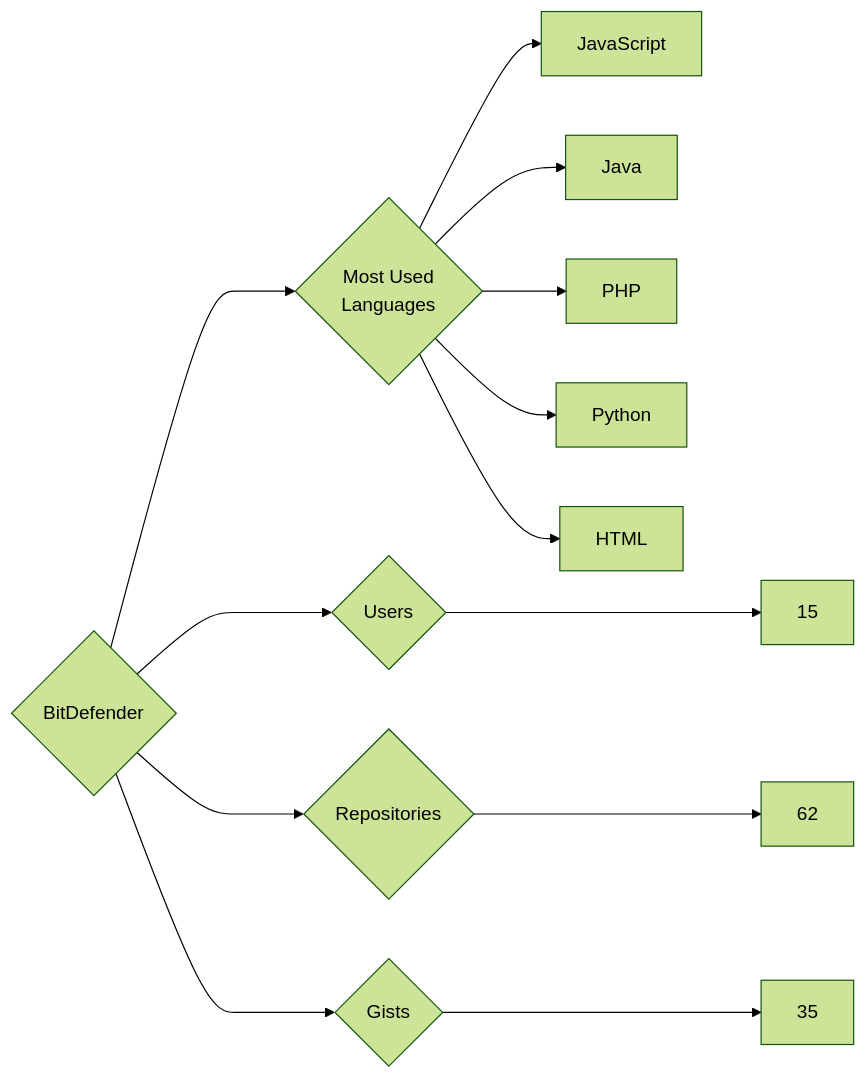
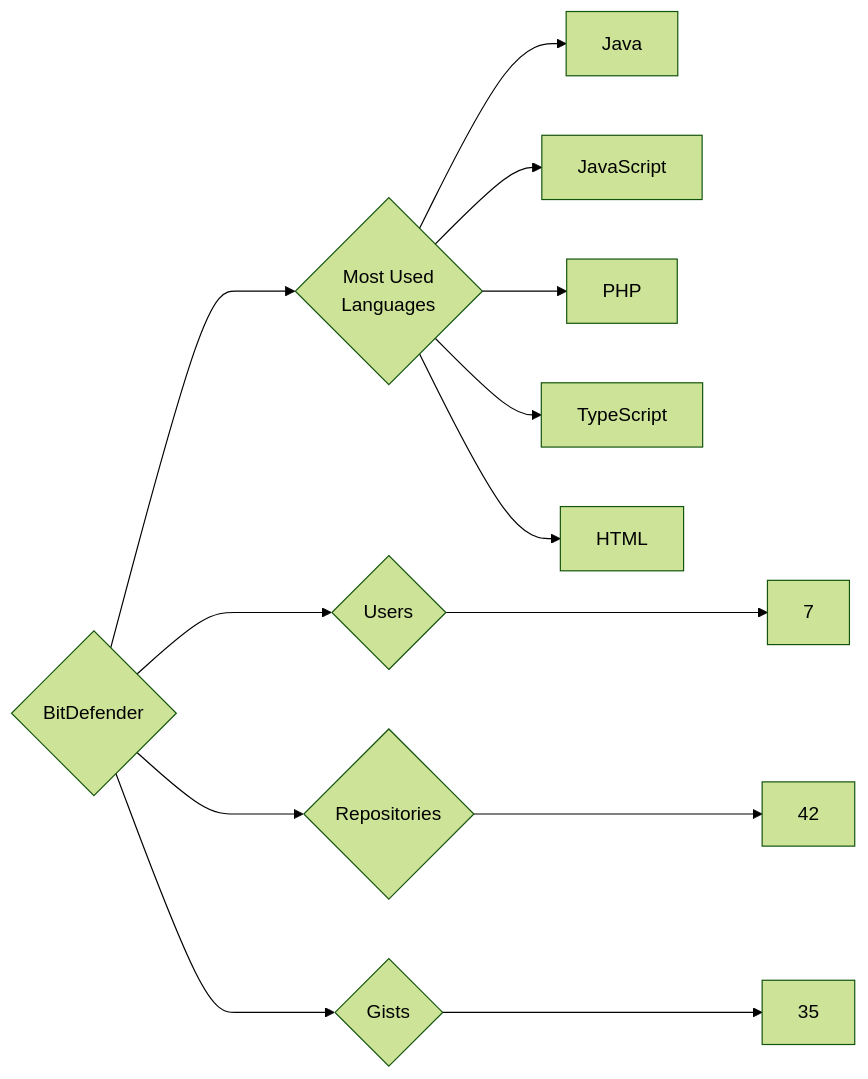
The diagram in targets/BitDefender/README.md (trickest/insiders), drawn with Mermaid (forest theme) before and after one commit. The commit also changed 622 other files, not shown here.

````diff
--- a/targets/BitDefender/README.md
+++ b/targets/BitDefender/README.md
@@ -3,13 +3,13 @@
 ```mermaid
 graph LR
 COMPANY_NAME{BitDefender}
-COMPANY_NAME ---> U{Users} ---> UN[15]
-COMPANY_NAME ---> R{Repositories} ---> RN[62]
+COMPANY_NAME ---> U{Users} ---> UN[7]
+COMPANY_NAME ---> R{Repositories} ---> RN[42]
 COMPANY_NAME ---> G{Gists} ---> GN[35]
 COMPANY_NAME ---> ML{Most Used<br>Languages}
+ML --> Java[Java]
 ML --> JavaScript[JavaScript]
-ML --> Java[Java]
 ML --> PHP[PHP]
-ML --> Python[Python]
+ML --> TypeScript[TypeScript]
 ML --> HTML[HTML]
 ```
````
